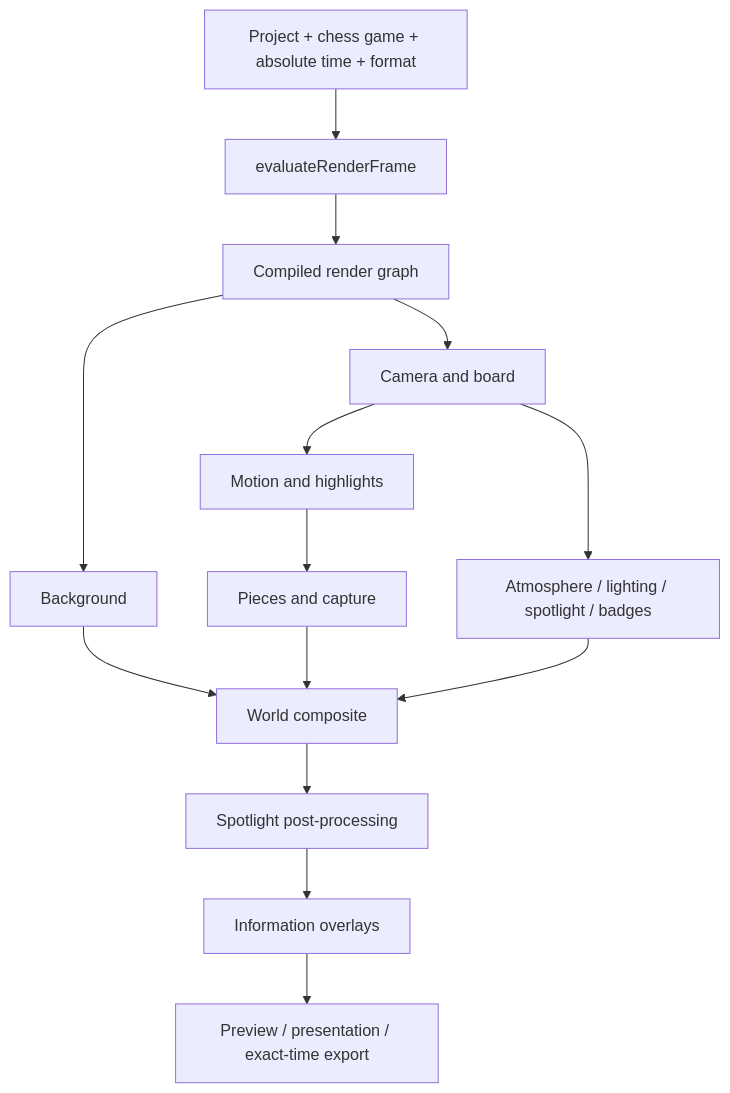
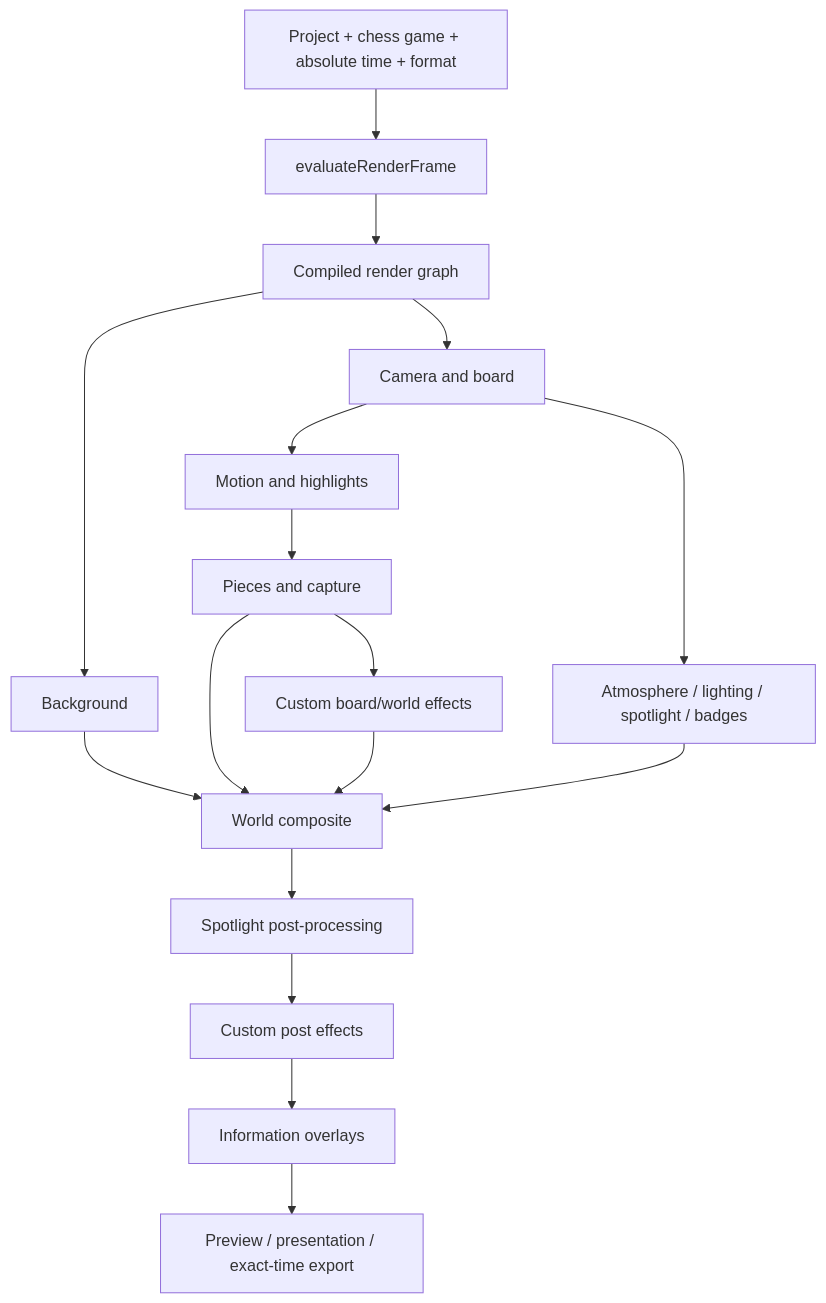
Before and after one commit to understandingothers789-pixel/Chess-Animation-Studio: the diagram in docs/EFFECT_COMPOSITOR.md, drawn with Mermaid. The commit also changed other lines of this file and 9 other files, not shown here.

````diff
--- a/docs/EFFECT_COMPOSITOR.md
+++ b/docs/EFFECT_COMPOSITOR.md
@@ -5,16 +5,19 @@
 ```mermaid
 flowchart TD
   P[Project + chess game + absolute time + format] --> F[evaluateRenderFrame]
   F --> G[Compiled render graph]
   G --> B[Background]
   G --> C[Camera and board]
   C --> M[Motion and highlights]
   M --> X[Pieces and capture]
   C --> A[Atmosphere / lighting / spotlight / badges]
   B --> W[World composite]
   X --> W
   A --> W
+  X --> E[Custom board/world effects]
+  E --> W
   W --> S[Spotlight post-processing]
-  S --> O[Information overlays]
+  S --> Q[Custom post effects]
+  Q --> O[Information overlays]
   O --> R[Preview / presentation / exact-time export]
 ```
````
